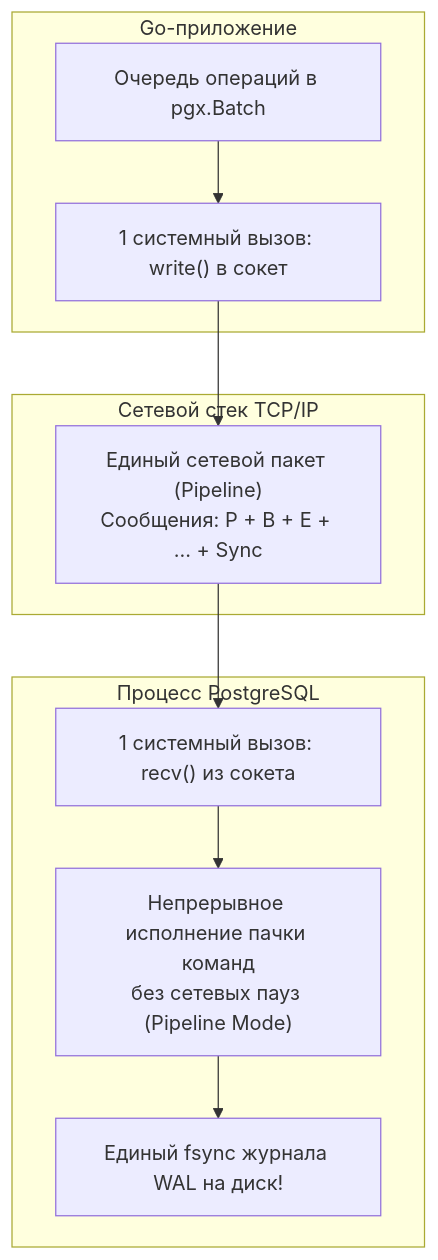
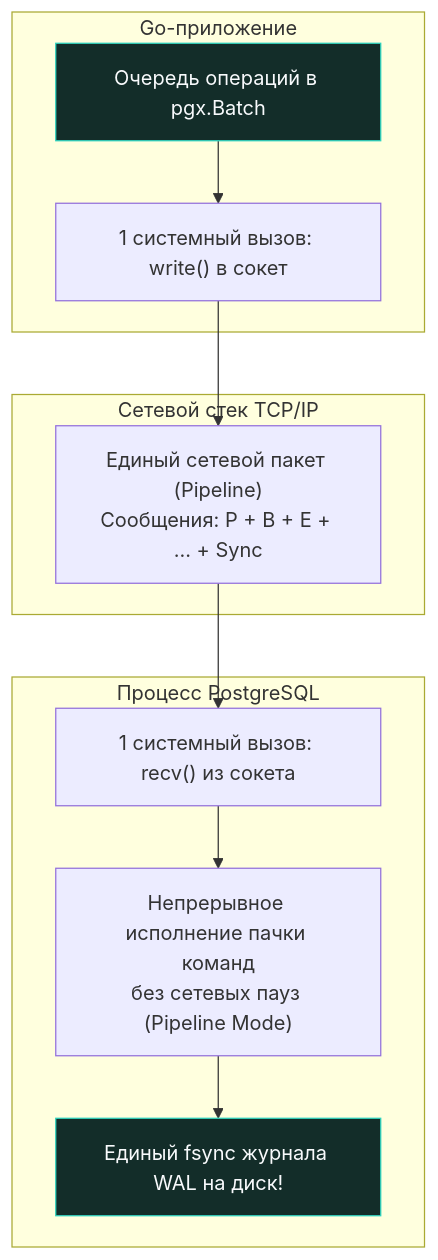
The diagram in sources/12. Базы данных/04. Индексы и производительность/16. Batch запросы.md (UnrealTemplier/go-textbook), drawn with Mermaid before and after one commit. The commit also changed 1666 other files, not shown here.

First line of the commit message:
feat(mermaid): add semantic color classDef to 1369 colorless flowchart/graph diagrams

````diff
--- a/sources/12. Базы данных/04. Индексы и производительность/16. Batch запросы.md
+++ b/sources/12. Базы данных/04. Индексы и производительность/16. Batch запросы.md
@@ -216,23 +216,33 @@
 ```mermaid
 flowchart TD
+    classDef process  fill:#1e293b,stroke:#38bdf8,stroke-width:1px,color:#f8fafc
+    classDef success  fill:#064e3b,stroke:#34d399,stroke-width:1px,color:#f8fafc
+    classDef error    fill:#7f1d1d,stroke:#f87171,stroke-width:1px,color:#f8fafc
+    classDef warning  fill:#78350f,stroke:#fbbf24,stroke-width:1px,color:#f8fafc
+    classDef entry    fill:#1e3a5f,stroke:#38bdf8,stroke-width:2px,color:#f8fafc
+    classDef aux      fill:#334155,stroke:#64748b,stroke-width:1px,color:#f8fafc
+    classDef system   fill:#312e81,stroke:#a78bfa,stroke-width:1px,color:#f8fafc
+    classDef data     fill:#132d29,stroke:#2dd4bf,stroke-width:1px,color:#f8fafc
+    classDef network  fill:#881337,stroke:#fb7185,stroke-width:1px,color:#f8fafc
+    classDef accent   fill:#1e1b4b,stroke:#818cf8,stroke-width:1px,color:#f8fafc
     subgraph GoProcess["Go-приложение"]
-        Queue["Очередь операций в pgx.Batch"]
+        Queue["Очередь операций в pgx.Batch"]:::data
         SocketWrite["1 системный вызов: write() в сокет"]
         Queue --> SocketWrite
     end
 
     subgraph Network["Сетевой стек TCP/IP"]
         Packet["Единый сетевой пакет (Pipeline)<br>Сообщения: P + B + E + ... + Sync"]
         SocketWrite --> Packet
     end
 
     subgraph PostgresBackend["Процесс PostgreSQL"]
         SocketRead["1 системный вызов: recv() из сокета"]
         ExecEngine["Непрерывное исполнение пачки команд<br>без сетевых пауз (Pipeline Mode)"]
-        SingleWAL["Единый fsync журнала WAL на диск!"]
+        SingleWAL["Единый fsync журнала WAL на диск!"]:::data
         
         Packet --> SocketRead
         SocketRead --> ExecEngine
         ExecEngine --> SingleWAL
     end
 ```
````
